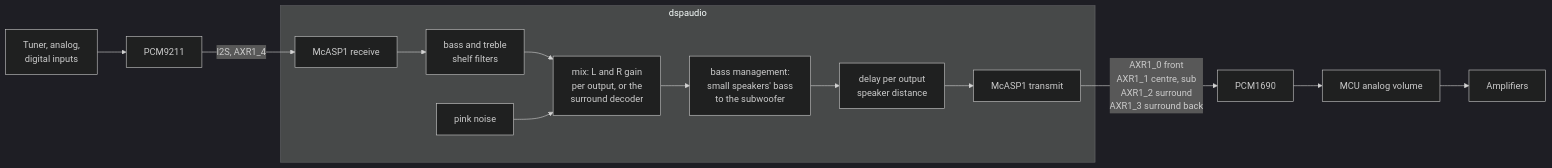
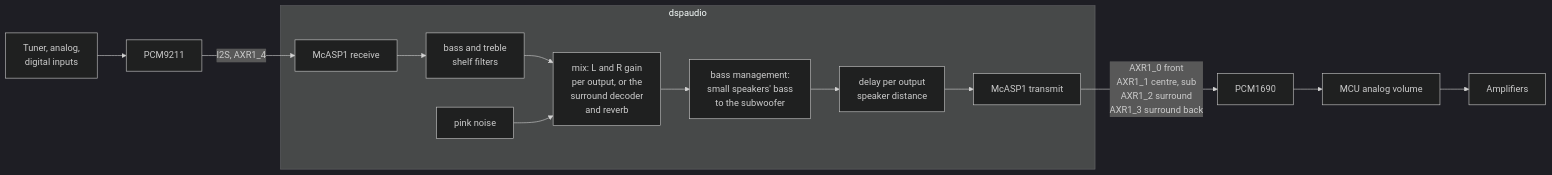
One commit to ubis/OSIRIS changed the fifth of 5 diagrams in docs/architecture.md. Above: the diagram before and after it, drawn with Mermaid (dark theme). The commit also changed other lines of this file and 5 other files, not shown here.

````diff
--- a/docs/architecture.md
+++ b/docs/architecture.md
@@ -153,15 +153,15 @@
 ```mermaid
 flowchart LR
     IN[Tuner, analog,<br/>digital inputs] --> DIR[PCM9211]
     DIR -->|I2S, AXR1_4| RX[McASP1 receive]
     subgraph dspaudio
         RX --> TONE[bass and treble<br/>shelf filters]
-        TONE --> MIX[mix: L and R gain<br/>per output, or the<br/>surround decoder]
+        TONE --> MIX[mix: L and R gain<br/>per output, or the<br/>surround decoder<br/>and reverb]
         NOISE[pink noise] --> MIX
         MIX --> BASS[bass management:<br/>small speakers' bass<br/>to the subwoofer]
         BASS --> DELAY[delay per output<br/>speaker distance]
         DELAY --> TX[McASP1 transmit]
     end
     TX -->|AXR1_0 front<br/>AXR1_1 centre, sub<br/>AXR1_2 surround<br/>AXR1_3 surround back| DAC[PCM1690]
     DAC --> VOL[MCU analog volume] --> AMP[Amplifiers]
 ```
````
